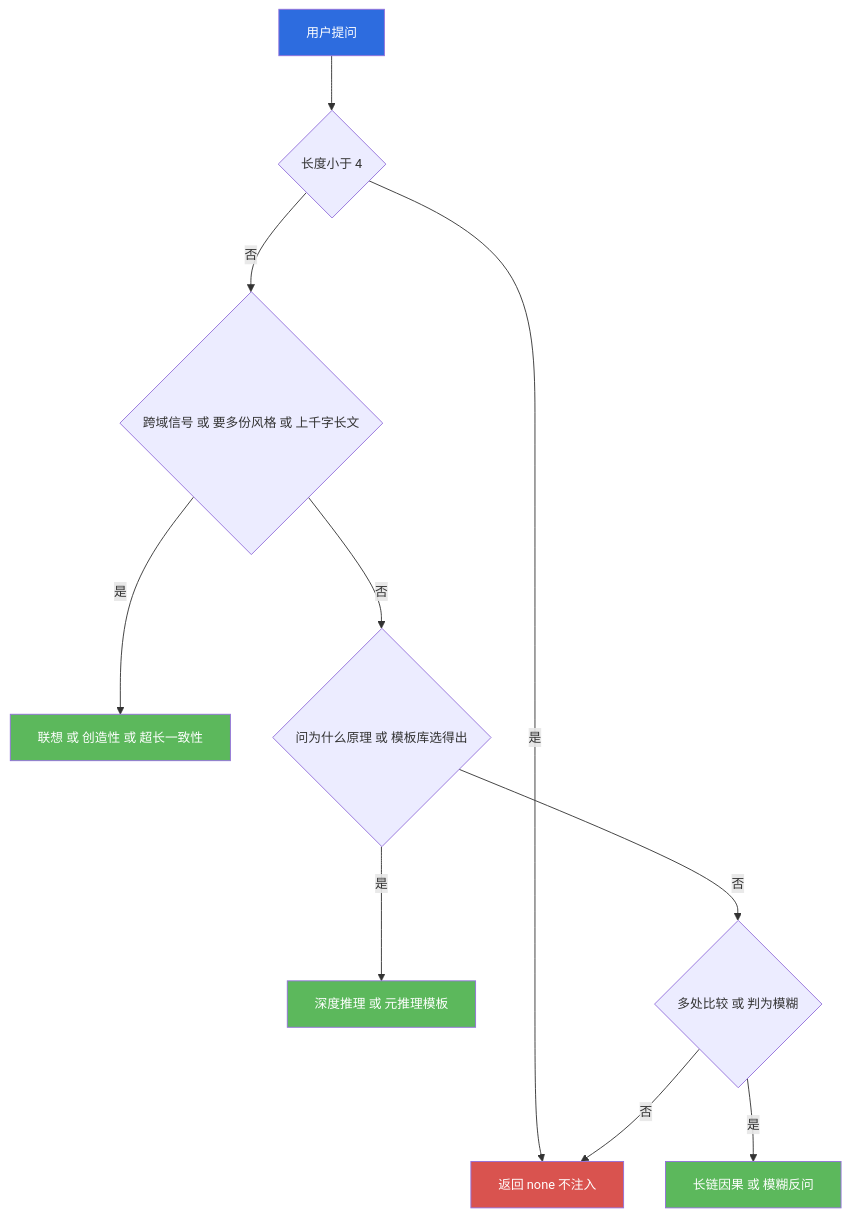
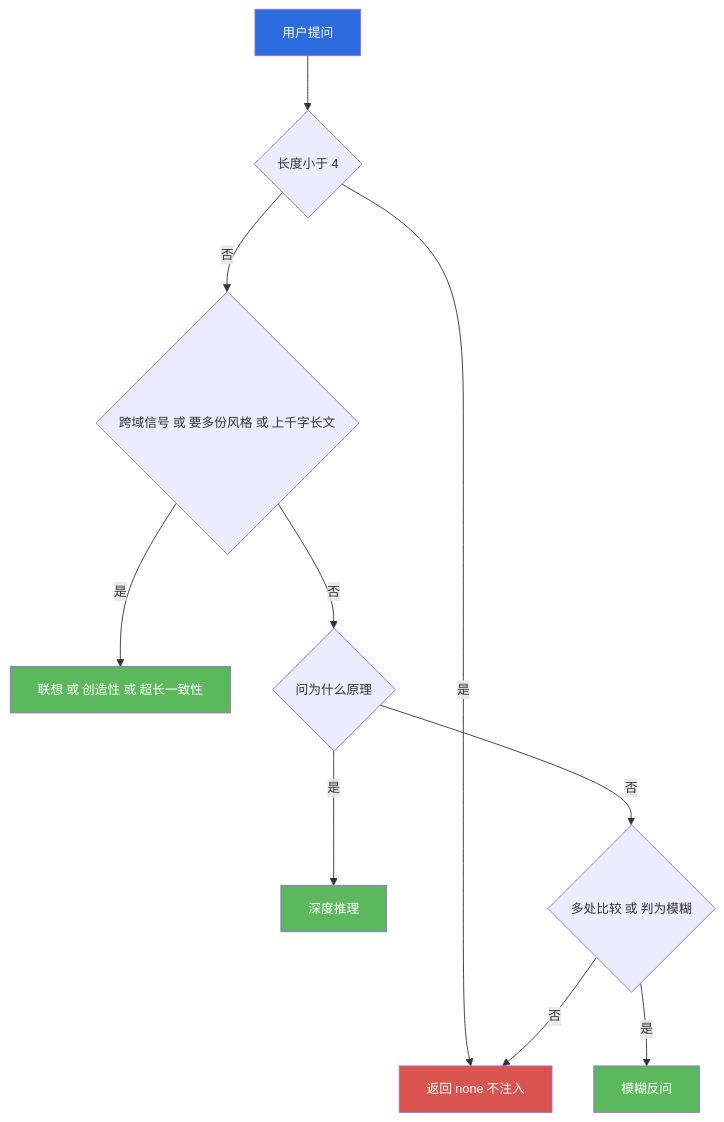
The second of 3 diagrams in docs/modules/10-boost.md (jiangchuangege/xiaojiao-harnees), drawn with Mermaid before and after one commit. The commit also changed other lines of this file and 26 other files, not shown here.

````diff
--- a/docs/modules/10-boost.md
+++ b/docs/modules/10-boost.md
@@ -96,19 +90,19 @@
 ```mermaid
 %%{init: {"themeVariables": {"fontSize": "14px"}, "flowchart": {"htmlLabels": true, "wrappingWidth": 340, "nodeSpacing": 46, "rankSpacing": 60, "useMaxWidth": true}}}%%
 flowchart TB
     Q["用户提问"] --> G1{"长度小于 4"}
     G1 -->|"是"| NONE["返回 none 不注入"]
     G1 -->|"否"| S1{"跨域信号 或 要多份风格 或 上千字长文"}
     S1 -->|"是"| R1["联想 或 创造性 或 超长一致性"]
-    S1 -->|"否"| S2{"问为什么原理 或 模板库选得出"}
-    S2 -->|"是"| R2["深度推理 或 元推理模板"]
+    S1 -->|"否"| S2{"问为什么原理"}
+    S2 -->|"是"| R2["深度推理"]
     S2 -->|"否"| S3{"多处比较 或 判为模糊"}
-    S3 -->|"是"| R3["长链因果 或 模糊反问"]
+    S3 -->|"是"| R3["模糊反问"]
     S3 -->|"否"| NONE
 
     style Q fill:#2d6cdf,color:#fff
     style NONE fill:#d9534f,color:#fff
     style R1 fill:#5cb85c,color:#fff
     style R2 fill:#5cb85c,color:#fff
     style R3 fill:#5cb85c,color:#fff
 ```
````
